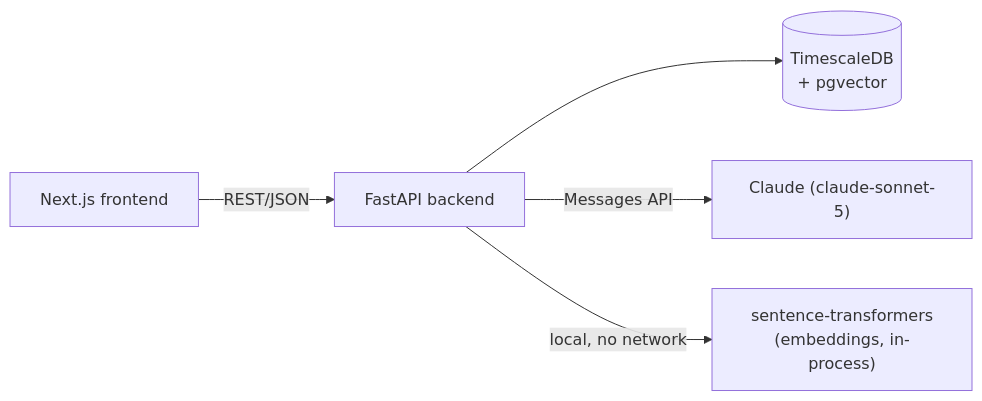
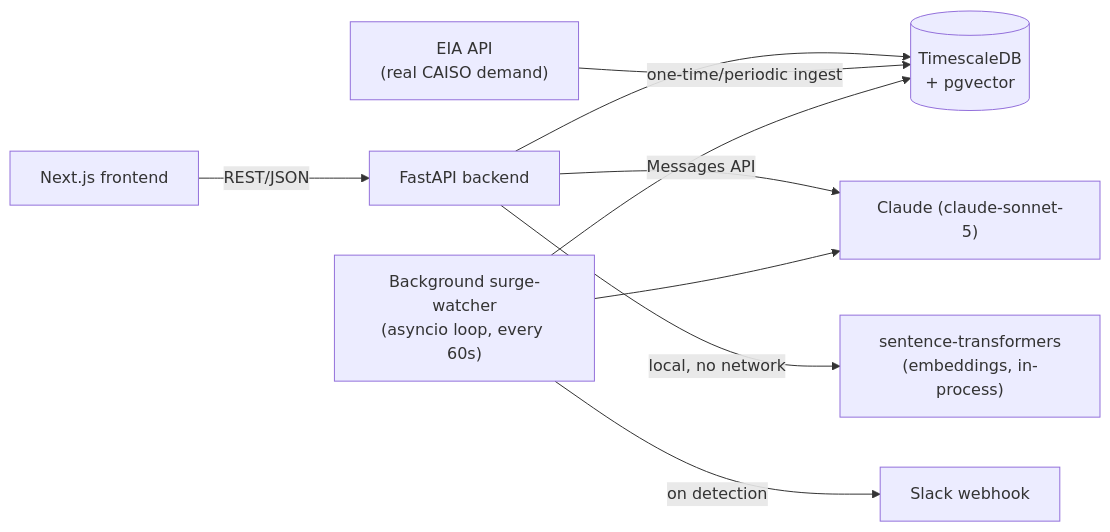
The first of 5 diagrams in ARCHITECTURE.md (yashmacbook421-dotcom/utility-grid-copilot), drawn with Mermaid before and after one commit. The commit also changed other lines of this file and 39 other files, not shown here.

````diff
--- a/ARCHITECTURE.md
+++ b/ARCHITECTURE.md
@@ -12,7 +13,11 @@
 ```mermaid
 flowchart LR
     FE["Next.js frontend"] -->|REST/JSON| API["FastAPI backend"]
     API --> PG[("TimescaleDB\n+ pgvector")]
     API -->|Messages API| Claude["Claude (claude-sonnet-5)"]
     API -->|local, no network| Embed["sentence-transformers\n(embeddings, in-process)"]
+    EIA["EIA API\n(real CAISO demand)"] -->|one-time/periodic ingest| PG
+    Loop["Background surge-watcher\n(asyncio loop, every 60s)"] --> PG
+    Loop --> Claude
+    Loop -->|on detection| Slack["Slack webhook"]
 ```
````
